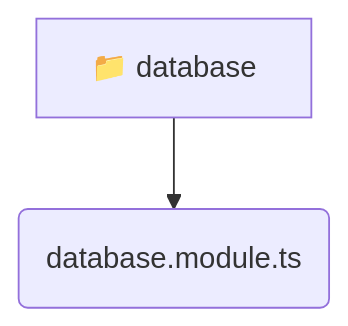
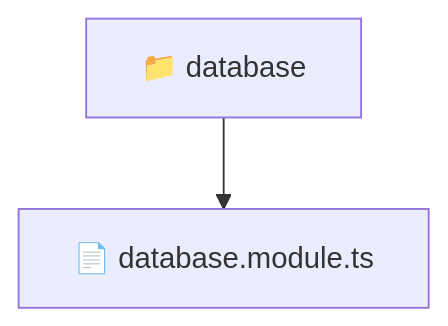
Before and after one commit to beginwebdev2002/fullstack-mavluda: the diagram in backend/src/common/database/README.md, drawn with Mermaid. The commit also changed other lines of this file and 163 other files, not shown here.

````diff
--- a/backend/src/common/database/README.md
+++ b/backend/src/common/database/README.md
@@ -9,5 +9,5 @@
 ```mermaid
 graph TD
-  database[📁 database]
-  database --> database_database_module_ts(database.module.ts)
+  Root["📁 database"]
+  Root --> databasemodulets["📄 database.module.ts"]
 ```
````
